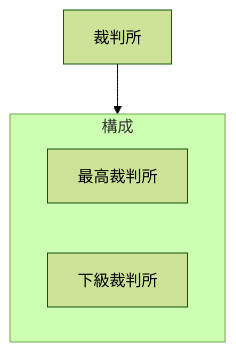
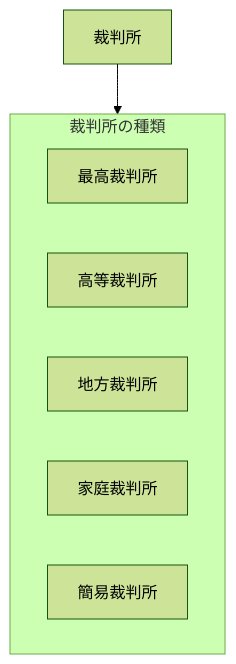
One commit to tatemaru/jp-admin-org-chart changed the diagram in 付録/裁判所/README.md. Above: the diagram before and after it, drawn with Mermaid (forest theme). The commit also changed other lines of this file and 18 other files, not shown here.

````diff
--- a/付録/裁判所/README.md
+++ b/付録/裁判所/README.md
@@ -5,9 +5,12 @@
 ```mermaid
 flowchart TB
   root["裁判所"]
-  subgraph g0["構成"]
+  subgraph g0["裁判所の種類"]
     n0_0["最高裁判所"]
-    n0_1["下級裁判所"]
+    n0_1["高等裁判所"]
+    n0_2["地方裁判所"]
+    n0_3["家庭裁判所"]
+    n0_4["簡易裁判所"]
   end
   root --> g0
 ```
````
